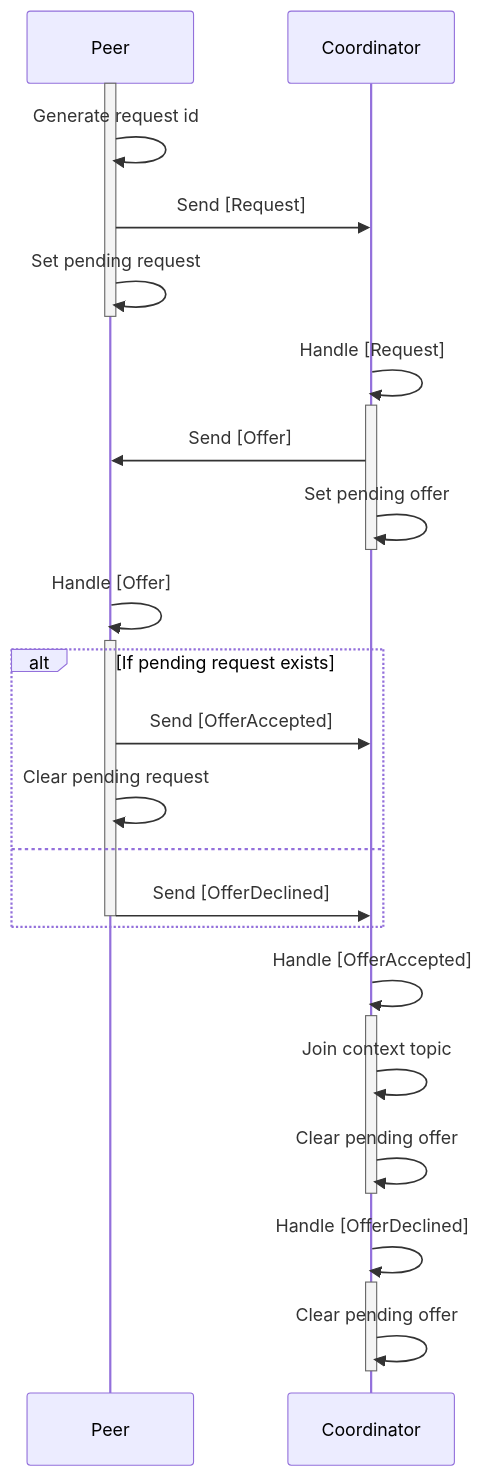
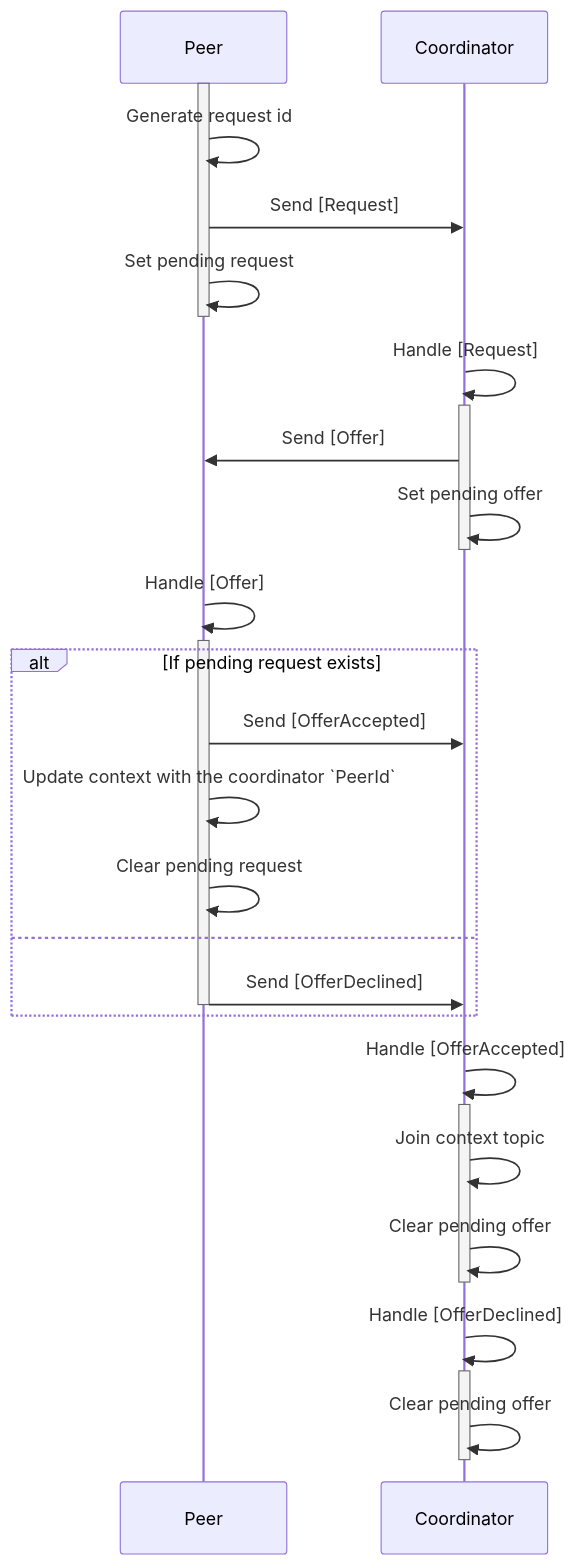
Before and after one commit to calimero-network/core: the second of 2 diagrams in crates/node/README.md, drawn with Mermaid. The commit also changed other lines of this file, not shown here.

Commit message:
docs(node): add store selected coordinator PeerId in the context

````diff
--- a/crates/node/README.md
+++ b/crates/node/README.md
@@ -70,27 +71,28 @@
 ```mermaid
 sequenceDiagram
     activate Peer
     Peer->>Peer:Generate request id
     Peer->>Coordinator:Send [Request]
     Peer->>Peer:Set pending request
     deactivate Peer
 
     Coordinator->>+Coordinator:Handle [Request]
     Coordinator->>Peer:Send [Offer]
     Coordinator->>-Coordinator:Set pending offer
 
     Peer->>+Peer:Handle [Offer]
     alt If pending request exists
         Peer->>Coordinator: Send [OfferAccepted]
+        Peer->>Peer:Update context with the coordinator `PeerId`
         Peer->>Peer:Clear pending request
     else
         Peer->>-Coordinator: Send [OfferDeclined]
     end
 
     Coordinator->>+Coordinator:Handle [OfferAccepted]
     Coordinator->>Coordinator:Join context topic
     Coordinator->>-Coordinator:Clear pending offer
 
     Coordinator->>+Coordinator:Handle [OfferDeclined]
     Coordinator->>-Coordinator:Clear pending offer
 ```
````
